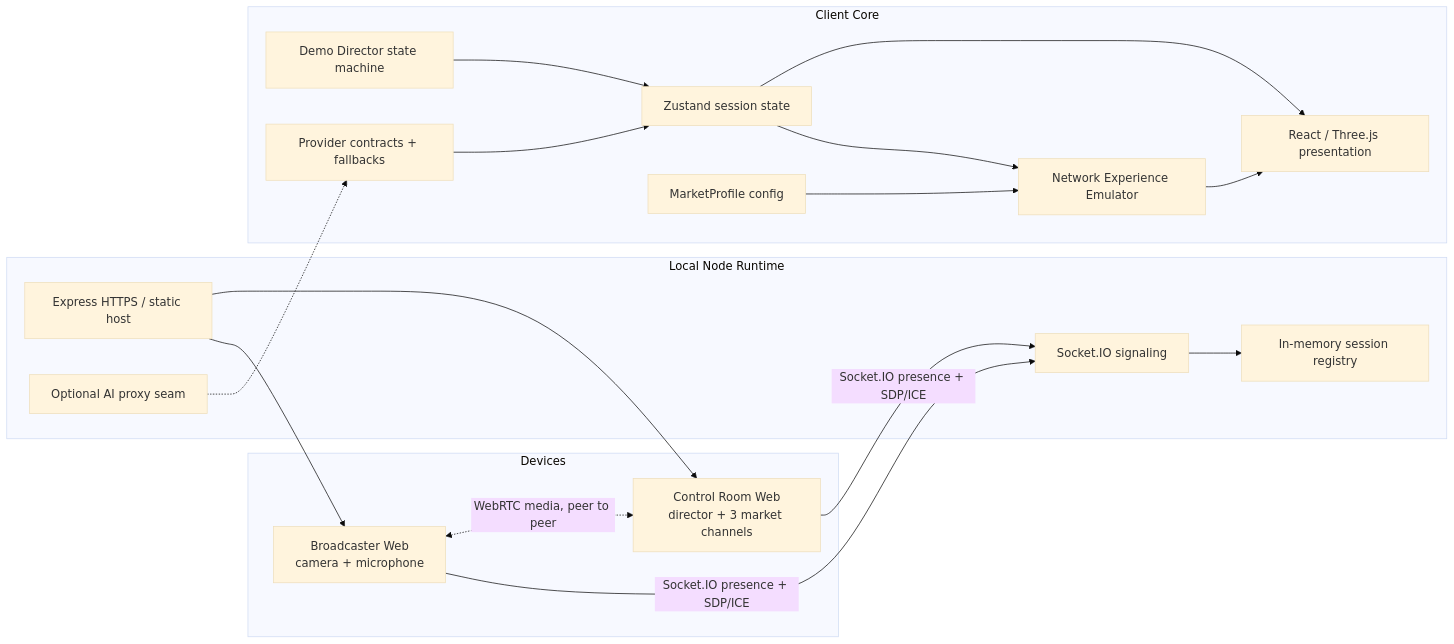
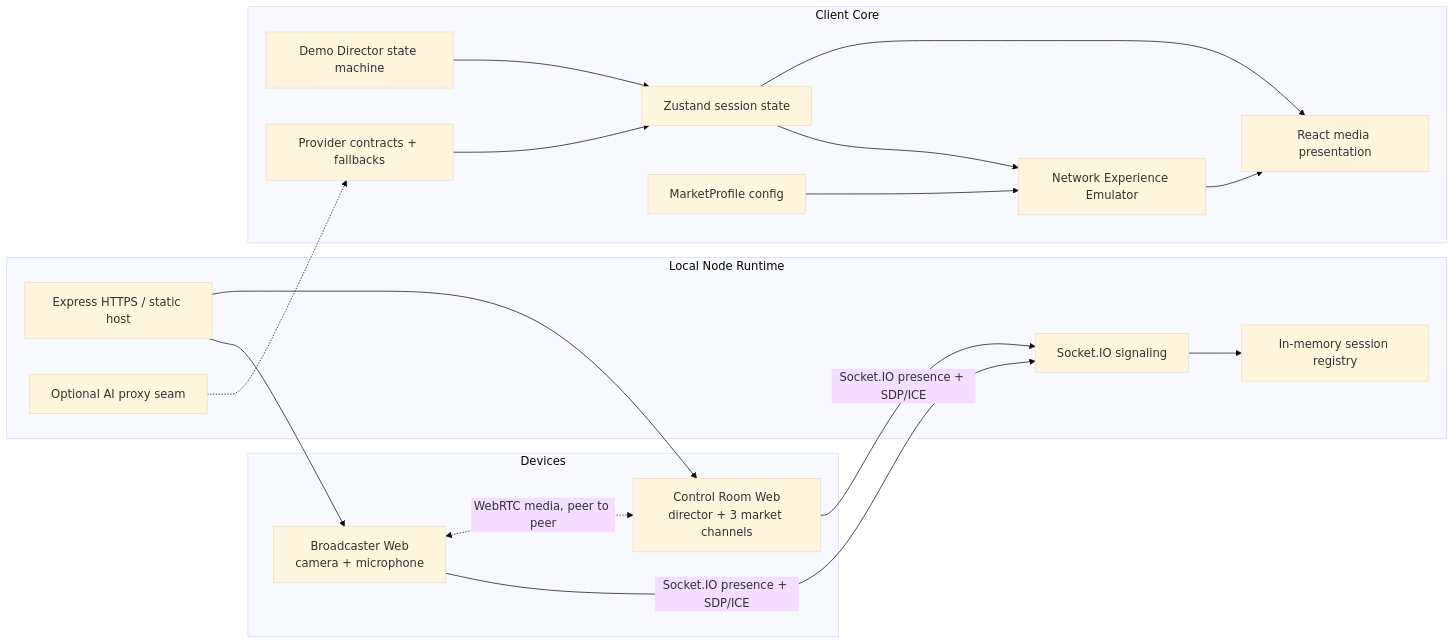
The diagram in docs/ARCHITECTURE.md (wangxz0803-lab/OneLive), drawn with Mermaid (base theme) before and after one commit. The commit also changed other lines of this file and 77 other files, not shown here.

````diff
--- a/docs/ARCHITECTURE.md
+++ b/docs/ARCHITECTURE.md
@@ -15,37 +16,37 @@
 ```mermaid
 flowchart LR
     subgraph Devices["Devices"]
         B["Broadcaster Web<br/>camera + microphone"]
         C["Control Room Web<br/>director + 3 market channels"]
     end
 
     subgraph LocalRuntime["Local Node Runtime"]
         H["Express HTTPS / static host"]
         S["Socket.IO signaling"]
         R["In-memory session registry"]
         A["Optional AI proxy seam"]
     end
 
     subgraph ClientCore["Client Core"]
         Z["Zustand session state"]
         D["Demo Director state machine"]
         N["Network Experience Emulator"]
         P["Provider contracts + fallbacks"]
         M["MarketProfile config"]
-        V["React / Three.js presentation"]
+        V["React media presentation"]
     end
 
     B -->|"Socket.IO presence + SDP/ICE"| S
     C -->|"Socket.IO presence + SDP/ICE"| S
     S --> R
     B <-.->|"WebRTC media, peer to peer"| C
     H --> B
     H --> C
     A -.-> P
     D --> Z
     Z --> N
     M --> N
     P --> Z
     N --> V
     Z --> V
 ```
````
